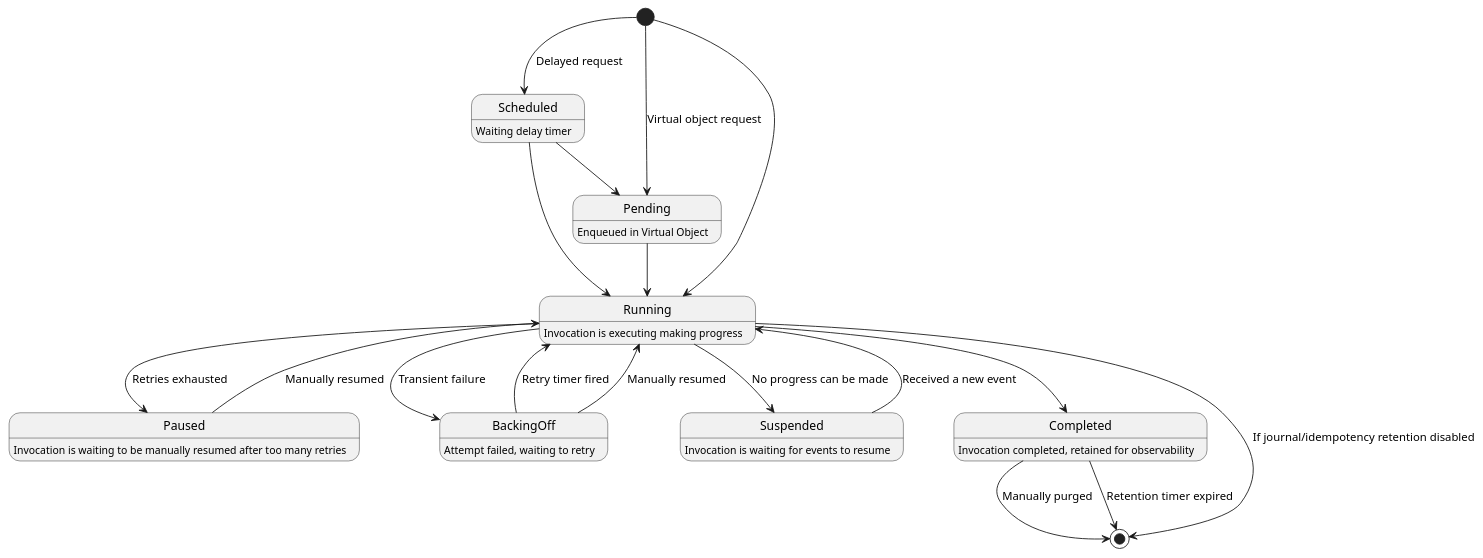
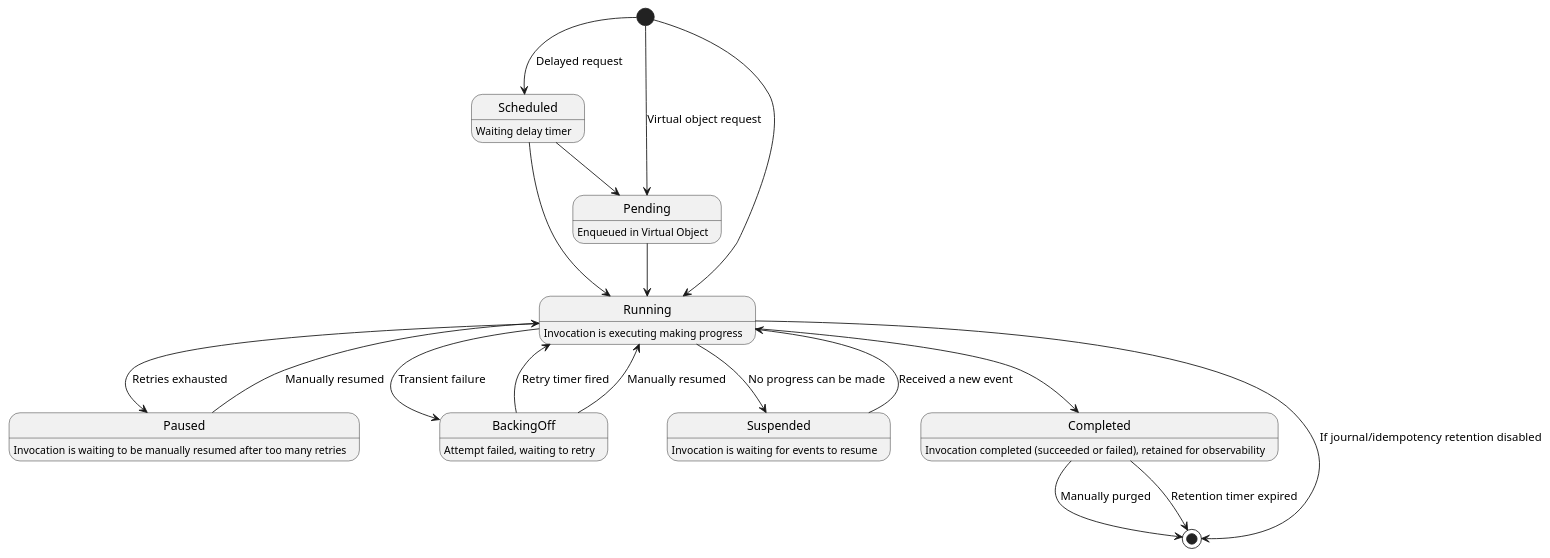
The diagram in docs/services/lifecycle.mdx (restatedev/docs-restate), drawn with PlantUML before and after one commit. The commit also changed other lines of this file and 1 other file, not shown here.

```diff
--- a/docs/services/lifecycle.mdx
+++ b/docs/services/lifecycle.mdx
@@ -27,37 +30,36 @@
 @startuml
 
 Scheduled: Waiting delay timer
 Pending: Enqueued in Virtual Object
 Running: Invocation is executing making progress
 Paused: Invocation is waiting to be manually resumed after too many retries
 BackingOff: Attempt failed, waiting to retry
 Suspended: Invocation is waiting for events to resume
-Completed: Invocation completed, retained for observability
+Completed: Invocation completed (succeeded or failed), retained for observability
 
 [*] --> Scheduled: Delayed request
 Scheduled --> Pending
 Scheduled --> Running
 
 [*] --> Pending: Virtual object request
 Pending --> Running
 
 [*] --> Running
 
 Running --> BackingOff: Transient failure
 Running --> Paused: Retries exhausted
 BackingOff --> Running: Retry timer fired
 BackingOff --> Running: Manually resumed
 
 Running --> Suspended: No progress can be made
 Suspended --> Running: Received a new event
 
 Paused --> Running: Manually resumed
 
 Running --> Completed
 Running --> [*]: If journal/idempotency retention disabled
 
 Completed --> [*]: Retention timer expired
 Completed --> [*]: Manually purged
 
-
 @enduml
```
